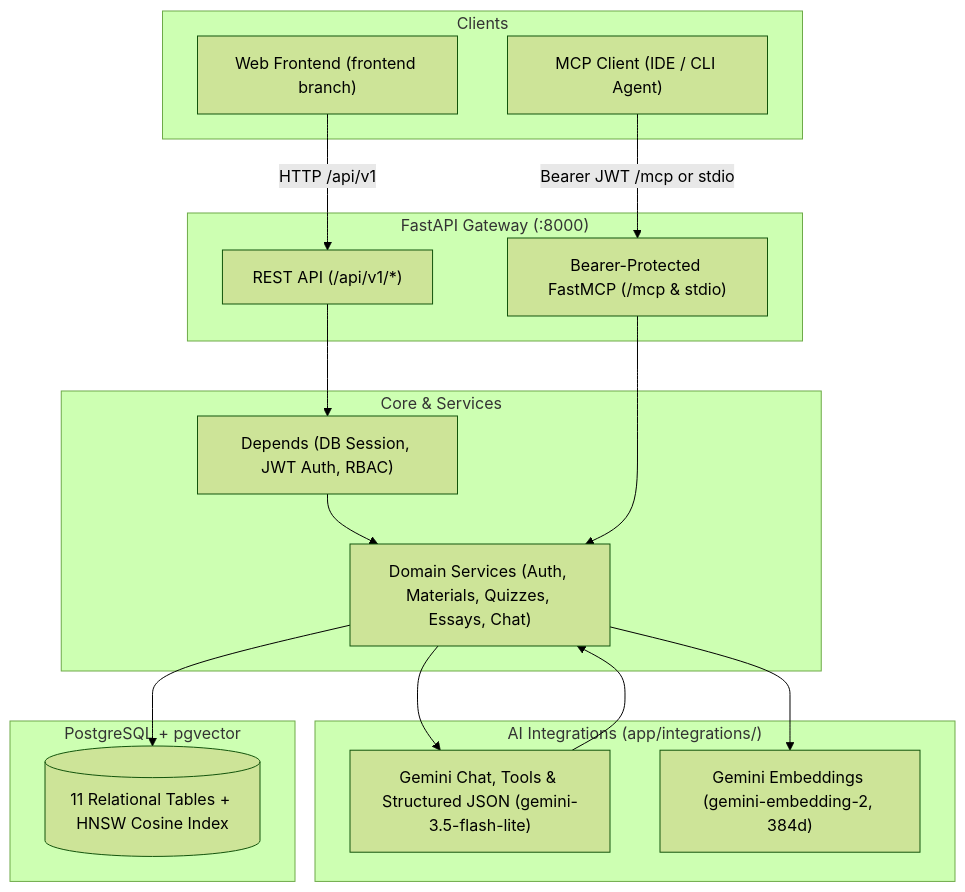
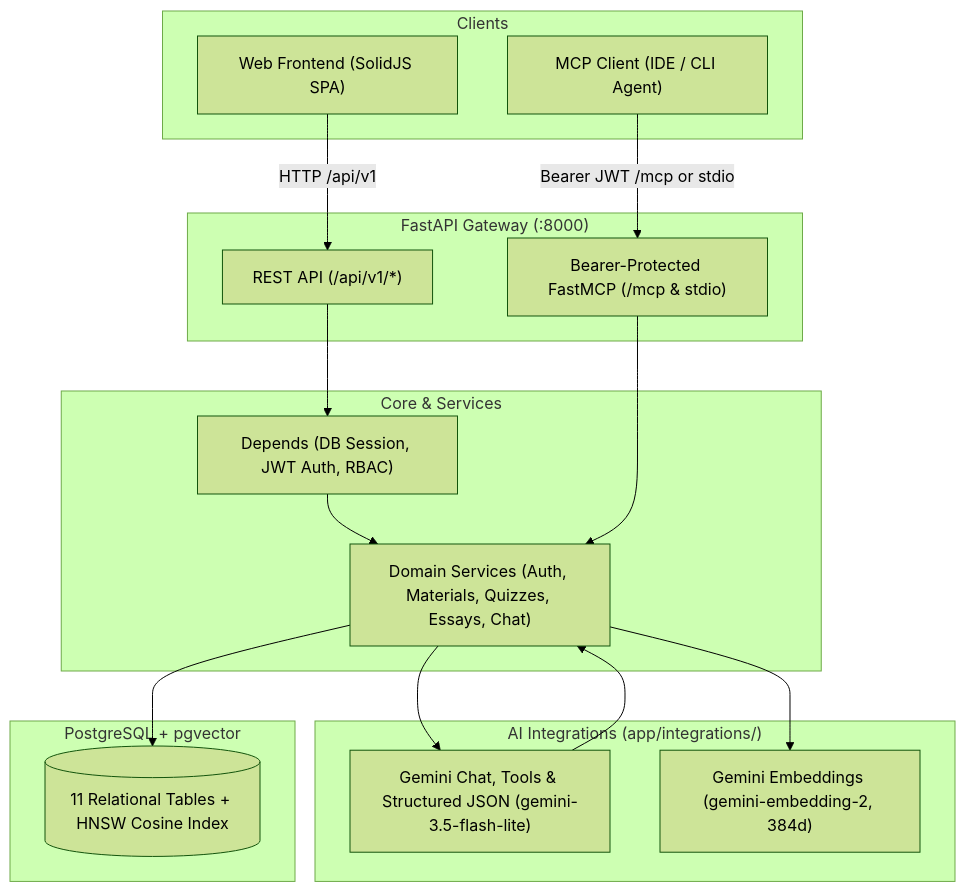
The first of 2 diagrams in README.md (MushfiqPlabon/OmniTest), drawn with Mermaid (forest theme) before and after one commit. The commit also changed other lines of this file, not shown here.

Commit message:
docs: pin git clone command to phi-assign branch

````diff
--- a/README.md
+++ b/README.md
@@ -29,35 +29,35 @@
 ```mermaid
 flowchart TD
     subgraph Clients["Clients"]
-        UI["Web Frontend (frontend branch)"]
+        UI["Web Frontend (SolidJS SPA)"]
         MCPClient["MCP Client (IDE / CLI Agent)"]
     end
 
     subgraph Gateway["FastAPI Gateway (:8000)"]
         API["REST API (/api/v1/*)"]
         MCP_HTTP["Bearer-Protected FastMCP (/mcp & stdio)"]
     end
 
     subgraph Core["Core & Services"]
         DEP["Depends (DB Session, JWT Auth, RBAC)"]
         SVC["Domain Services (Auth, Materials, Quizzes, Essays, Chat)"]
     end
 
     subgraph Integrations["AI Integrations (app/integrations/)"]
         LLM["Gemini Chat, Tools & Structured JSON (gemini-3.5-flash-lite)"]
         EMBED["Gemini Embeddings (gemini-embedding-2, 384d)"]
     end
 
     subgraph Storage["PostgreSQL + pgvector"]
         DB[("11 Relational Tables + HNSW Cosine Index")]
     end
 
     UI -->|HTTP /api/v1| API
     MCPClient -->|Bearer JWT /mcp or stdio| MCP_HTTP
     API --> DEP --> SVC
     MCP_HTTP --> SVC
     SVC --> EMBED
     SVC --> LLM
     LLM --> SVC
     SVC --> DB
 ```
````
